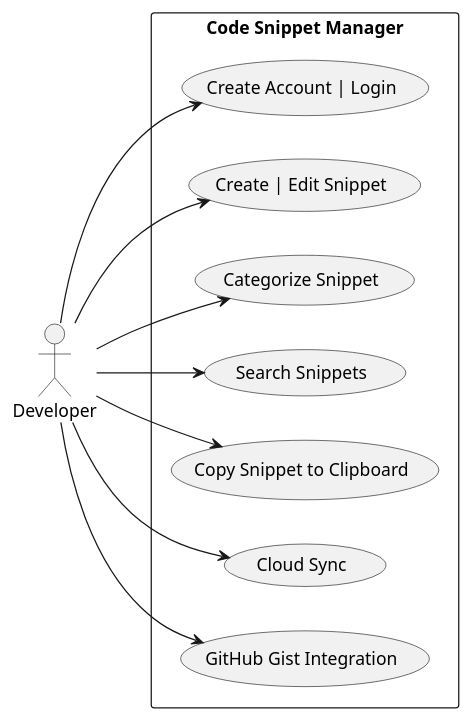
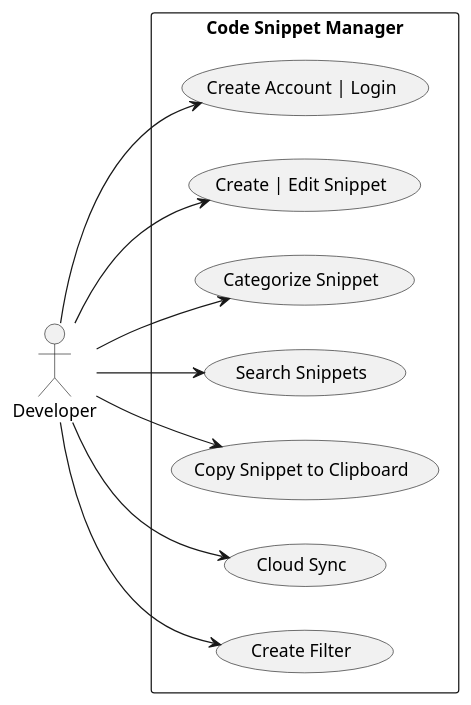
The diagram in usecase.puml (Alexandre-Scebba/CodexSnippetManager), drawn with PlantUML before and after one commit. The commit also changed 19 other files, not shown here.

```diff
--- a/usecase.puml
+++ b/usecase.puml
@@ -1,25 +1,25 @@
 @startuml
 
 left to right direction
 
 actor Developer
 
 rectangle "Code Snippet Manager" {
     usecase "Create Account | Login" as UC1
     usecase "Create | Edit Snippet" as UC2
     usecase "Categorize Snippet" as UC3
     usecase "Search Snippets" as UC4
     usecase "Copy Snippet to Clipboard" as UC5
     usecase "Cloud Sync" as UC6
-    usecase "GitHub Gist Integration" as UC7
+    usecase "Create Filter" as UC7
 }
 
 Developer --> UC1
 Developer --> UC2
 Developer --> UC3
 Developer --> UC4
 Developer --> UC5
 Developer --> UC6
 Developer --> UC7
 
 @enduml
```
